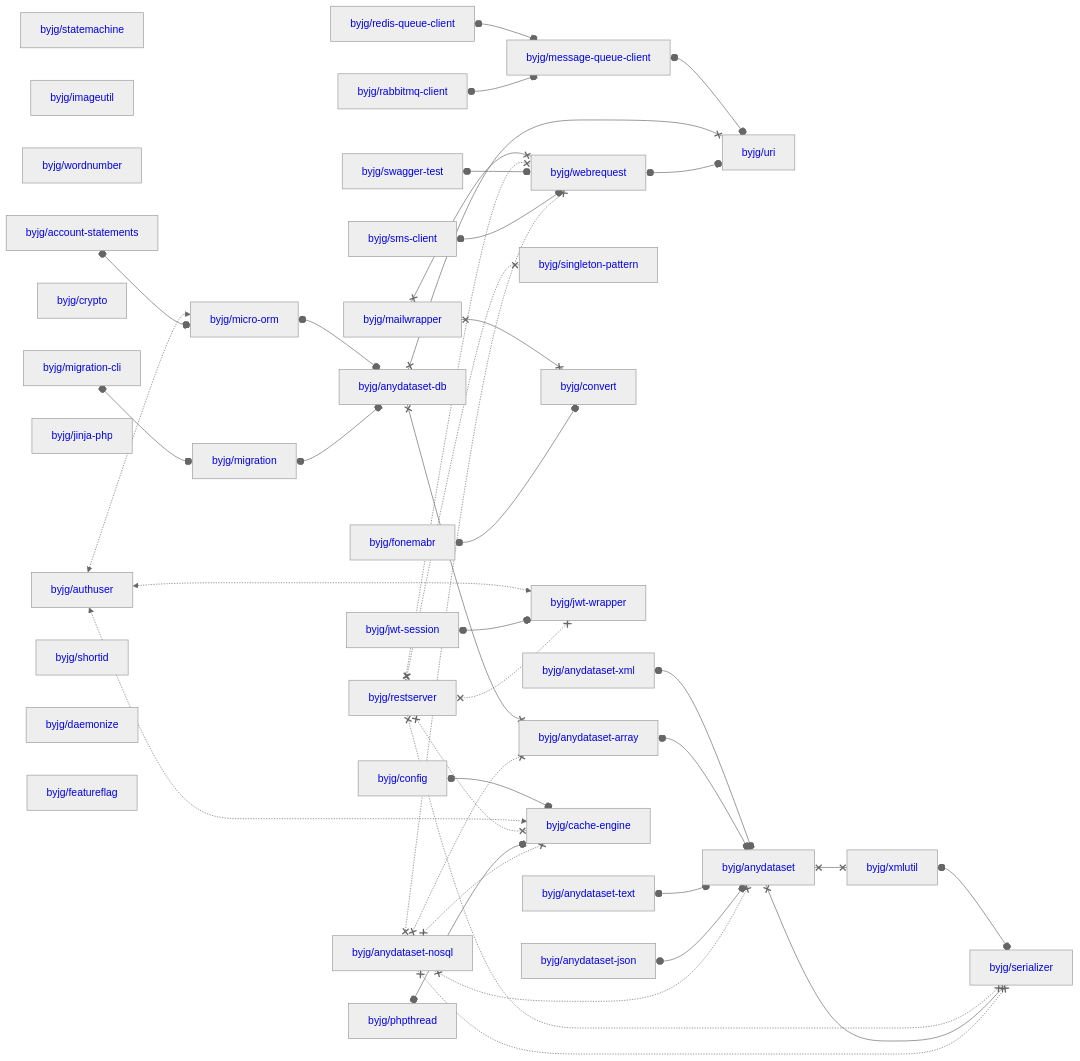
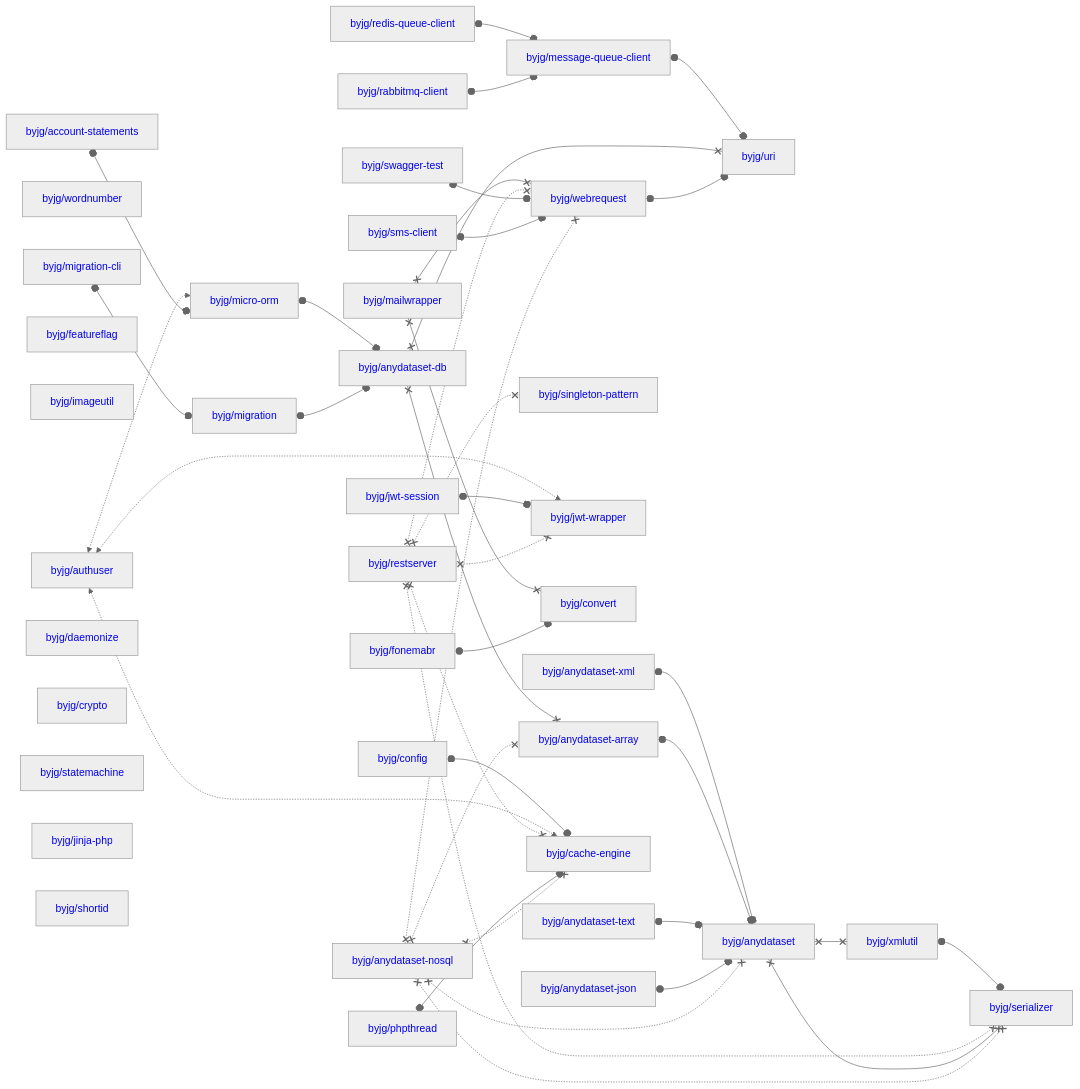
The diagram in docs/php/README.md (byjg/byjg.github.io), drawn with Mermaid (neutral theme) before and after one commit. The commit also changed other lines of this file, not shown here.

Commit message:
Update documentation 'php' 'php-sms-client'

````diff
--- a/docs/php/README.md
+++ b/docs/php/README.md
@@ -3,80 +3,80 @@
 ```mermaid
 graph LR;
+  byjg/account-statements[<a href='https://opensource.byjg.com/docs/php/account-statements' style='text-decoration:none'>byjg/account-statements</a>];
+  byjg/redis-queue-client[<a href='https://opensource.byjg.com/docs/php/redis-queue-client' style='text-decoration:none'>byjg/redis-queue-client</a>];
+  byjg/wordnumber[<a href='https://opensource.byjg.com/docs/php/wordnumber' style='text-decoration:none'>byjg/wordnumber</a>];
+  byjg/anydataset-text[<a href='https://opensource.byjg.com/docs/php/anydataset-text' style='text-decoration:none'>byjg/anydataset-text</a>];
+  byjg/authuser[<a href='https://opensource.byjg.com/docs/php/authuser' style='text-decoration:none'>byjg/authuser</a>];
+  byjg/featureflag[<a href='https://opensource.byjg.com/docs/php/featureflag' style='text-decoration:none'>byjg/featureflag</a>];
+  byjg/imageutil[<a href='https://opensource.byjg.com/docs/php/imageutil' style='text-decoration:none'>byjg/imageutil</a>];
+  byjg/config[<a href='https://opensource.byjg.com/docs/php/config' style='text-decoration:none'>byjg/config</a>];
+  byjg/jwt-session[<a href='https://opensource.byjg.com/docs/php/jwt-session' style='text-decoration:none'>byjg/jwt-session</a>];
+  byjg/fonemabr[<a href='https://opensource.byjg.com/docs/php/fonemabr' style='text-decoration:none'>byjg/fonemabr</a>];
+  byjg/restserver[<a href='https://opensource.byjg.com/docs/php/restserver' style='text-decoration:none'>byjg/restserver</a>];
+  byjg/migration-cli[<a href='https://opensource.byjg.com/docs/php/migration-cli' style='text-decoration:none'>byjg/migration-cli</a>];
+  byjg/daemonize[<a href='https://opensource.byjg.com/docs/php/daemonize' style='text-decoration:none'>byjg/daemonize</a>];
+  byjg/crypto[<a href='https://opensource.byjg.com/docs/php/crypto' style='text-decoration:none'>byjg/crypto</a>];
+  byjg/anydataset-xml[<a href='https://opensource.byjg.com/docs/php/anydataset-xml' style='text-decoration:none'>byjg/anydataset-xml</a>];
   byjg/statemachine[<a href='https://opensource.byjg.com/docs/php/statemachine' style='text-decoration:none'>byjg/statemachine</a>];
-  byjg/restserver[<a href='https://opensource.byjg.com/docs/php/restserver' style='text-decoration:none'>byjg/restserver</a>];
-  byjg/imageutil[<a href='https://opensource.byjg.com/docs/php/imageutil' style='text-decoration:none'>byjg/imageutil</a>];
-  byjg/wordnumber[<a href='https://opensource.byjg.com/docs/php/wordnumber' style='text-decoration:none'>byjg/wordnumber</a>];
-  byjg/authuser[<a href='https://opensource.byjg.com/docs/php/authuser' style='text-decoration:none'>byjg/authuser</a>];
-  byjg/anydataset-text[<a href='https://opensource.byjg.com/docs/php/anydataset-text' style='text-decoration:none'>byjg/anydataset-text</a>];
-  byjg/crypto[<a href='https://opensource.byjg.com/docs/php/crypto' style='text-decoration:none'>byjg/crypto</a>];
-  byjg/sms-client[<a href='https://opensource.byjg.com/docs/php/sms-client' style='text-decoration:none'>byjg/sms-client</a>];
-  byjg/account-statements[<a href='https://opensource.byjg.com/docs/php/account-statements' style='text-decoration:none'>byjg/account-statements</a>];
-  byjg/rabbitmq-client[<a href='https://opensource.byjg.com/docs/php/rabbitmq-client' style='text-decoration:none'>byjg/rabbitmq-client</a>];
   byjg/anydataset-nosql[<a href='https://opensource.byjg.com/docs/php/anydataset-nosql' style='text-decoration:none'>byjg/anydataset-nosql</a>];
   byjg/jinja-php[<a href='https://opensource.byjg.com/docs/php/jinja-php' style='text-decoration:none'>byjg/jinja-php</a>];
   byjg/mailwrapper[<a href='https://opensource.byjg.com/docs/php/mailwrapper' style='text-decoration:none'>byjg/mailwrapper</a>];
-  byjg/fonemabr[<a href='https://opensource.byjg.com/docs/php/fonemabr' style='text-decoration:none'>byjg/fonemabr</a>];
+  byjg/rabbitmq-client[<a href='https://opensource.byjg.com/docs/php/rabbitmq-client' style='text-decoration:none'>byjg/rabbitmq-client</a>];
+  byjg/sms-client[<a href='https://opensource.byjg.com/docs/php/sms-client' style='text-decoration:none'>byjg/sms-client</a>];
+  byjg/swagger-test[<a href='https://opensource.byjg.com/docs/php/swagger-test' style='text-decoration:none'>byjg/swagger-test</a>];
+  byjg/phpthread[<a href='https://opensource.byjg.com/docs/php/phpthread' style='text-decoration:none'>byjg/phpthread</a>];
+  byjg/shortid[<a href='https://opensource.byjg.com/docs/php/shortid' style='text-decoration:none'>byjg/shortid</a>];
   byjg/anydataset-json[<a href='https://opensource.byjg.com/docs/php/anydataset-json' style='text-decoration:none'>byjg/anydataset-json</a>];
-  byjg/migration-cli[<a href='https://opensource.byjg.com/docs/php/migration-cli' style='text-decoration:none'>byjg/migration-cli</a>];
-  byjg/jwt-session[<a href='https://opensource.byjg.com/docs/php/jwt-session' style='text-decoration:none'>byjg/jwt-session</a>];
-  byjg/shortid[<a href='https://opensource.byjg.com/docs/php/shortid' style='text-decoration:none'>byjg/shortid</a>];
-  byjg/redis-queue-client[<a href='https://opensource.byjg.com/docs/php/redis-queue-client' style='text-decoration:none'>byjg/redis-queue-client</a>];
-  byjg/swagger-test[<a href='https://opensource.byjg.com/docs/php/swagger-test' style='text-decoration:none'>byjg/swagger-test</a>];
-  byjg/anydataset-xml[<a href='https://opensource.byjg.com/docs/php/anydataset-xml' style='text-decoration:none'>byjg/anydataset-xml</a>];
-  byjg/daemonize[<a href='https://opensource.byjg.com/docs/php/daemonize' style='text-decoration:none'>byjg/daemonize</a>];
-  byjg/phpthread[<a href='https://opensource.byjg.com/docs/php/phpthread' style='text-decoration:none'>byjg/phpthread</a>];
-  byjg/config[<a href='https://opensource.byjg.com/docs/php/config' style='text-decoration:none'>byjg/config</a>];
-  byjg/featureflag[<a href='https://opensource.byjg.com/docs/php/featureflag' style='text-decoration:none'>byjg/featureflag</a>];
+  byjg/micro-orm[<a href='https://opensource.byjg.com/docs/php/micro-orm' style='text-decoration:none'>byjg/micro-orm</a>];
   byjg/singleton-pattern[<a href='https://opensource.byjg.com/docs/php/singleton-pattern' style='text-decoration:none'>byjg/singleton-pattern</a>];
-  byjg/micro-orm[<a href='https://opensource.byjg.com/docs/php/micro-orm' style='text-decoration:none'>byjg/micro-orm</a>];
+  byjg/jwt-wrapper[<a href='https://opensource.byjg.com/docs/php/jwt-wrapper' style='text-decoration:none'>byjg/jwt-wrapper</a>];
+  byjg/migration[<a href='https://opensource.byjg.com/docs/php/migration' style='text-decoration:none'>byjg/migration</a>];
   byjg/convert[<a href='https://opensource.byjg.com/docs/php/convert' style='text-decoration:none'>byjg/convert</a>];
-  byjg/migration[<a href='https://opensource.byjg.com/docs/php/migration' style='text-decoration:none'>byjg/migration</a>];
-  byjg/jwt-wrapper[<a href='https://opensource.byjg.com/docs/php/jwt-wrapper' style='text-decoration:none'>byjg/jwt-wrapper</a>];
   byjg/message-queue-client[<a href='https://opensource.byjg.com/docs/php/message-queue-client' style='text-decoration:none'>byjg/message-queue-client</a>];
   byjg/webrequest[<a href='https://opensource.byjg.com/docs/php/webrequest' style='text-decoration:none'>byjg/webrequest</a>];
   byjg/cache-engine[<a href='https://opensource.byjg.com/docs/php/cache-engine' style='text-decoration:none'>byjg/cache-engine</a>];
   byjg/anydataset-db[<a href='https://opensource.byjg.com/docs/php/anydataset-db' style='text-decoration:none'>byjg/anydataset-db</a>];
   byjg/anydataset-array[<a href='https://opensource.byjg.com/docs/php/anydataset-array' style='text-decoration:none'>byjg/anydataset-array</a>];
   byjg/uri[<a href='https://opensource.byjg.com/docs/php/uri' style='text-decoration:none'>byjg/uri</a>];
   byjg/anydataset[<a href='https://opensource.byjg.com/docs/php/anydataset' style='text-decoration:none'>byjg/anydataset</a>];
   byjg/xmlutil[<a href='https://opensource.byjg.com/docs/php/xmlutil' style='text-decoration:none'>byjg/xmlutil</a>];
   byjg/serializer[<a href='https://opensource.byjg.com/docs/php/serializer' style='text-decoration:none'>byjg/serializer</a>];
   byjg/anydataset-xml o--o byjg/anydataset;
   byjg/config o--o byjg/cache-engine;
   byjg/authuser <-.-> byjg/micro-orm;
   byjg/authuser <-.-> byjg/cache-engine;
   byjg/authuser <-.-> byjg/jwt-wrapper;
   byjg/jwt-session o--o byjg/jwt-wrapper;
   byjg/redis-queue-client o--o byjg/message-queue-client;
   byjg/xmlutil o--o byjg/serializer;
   byjg/anydataset-array o--o byjg/anydataset;
   byjg/anydataset-text o--o byjg/anydataset;
   byjg/mailwrapper x--x byjg/convert;
   byjg/mailwrapper x--x byjg/webrequest;
   byjg/restserver x-.-x byjg/serializer;
   byjg/restserver x-.-x byjg/singleton-pattern;
   byjg/restserver x-.-x byjg/cache-engine;
   byjg/restserver x-.-x byjg/webrequest;
   byjg/restserver x-.-x byjg/jwt-wrapper;
   byjg/anydataset x--x byjg/serializer;
   byjg/anydataset x--x byjg/xmlutil;
   byjg/micro-orm o--o byjg/anydataset-db;
   byjg/phpthread o--o byjg/cache-engine;
   byjg/anydataset-json o--o byjg/anydataset;
   byjg/swagger-test o--o byjg/webrequest;
   byjg/fonemabr o--o byjg/convert;
   byjg/account-statements o--o byjg/micro-orm;
   byjg/sms-client o--o byjg/webrequest;
   byjg/migration-cli o--o byjg/migration;
   byjg/message-queue-client o--o byjg/uri;
   byjg/anydataset-db x--x byjg/anydataset-array;
   byjg/anydataset-db x--x byjg/uri;
   byjg/webrequest o--o byjg/uri;
   byjg/migration o--o byjg/anydataset-db;
   byjg/rabbitmq-client o--o byjg/message-queue-client;
   byjg/anydataset-nosql x-.-x byjg/anydataset;
   byjg/anydataset-nosql x-.-x byjg/anydataset-array;
   byjg/anydataset-nosql x-.-x byjg/serializer;
   byjg/anydataset-nosql x-.-x byjg/webrequest;
   byjg/anydataset-nosql x-.-x byjg/cache-engine;
 ```
````
